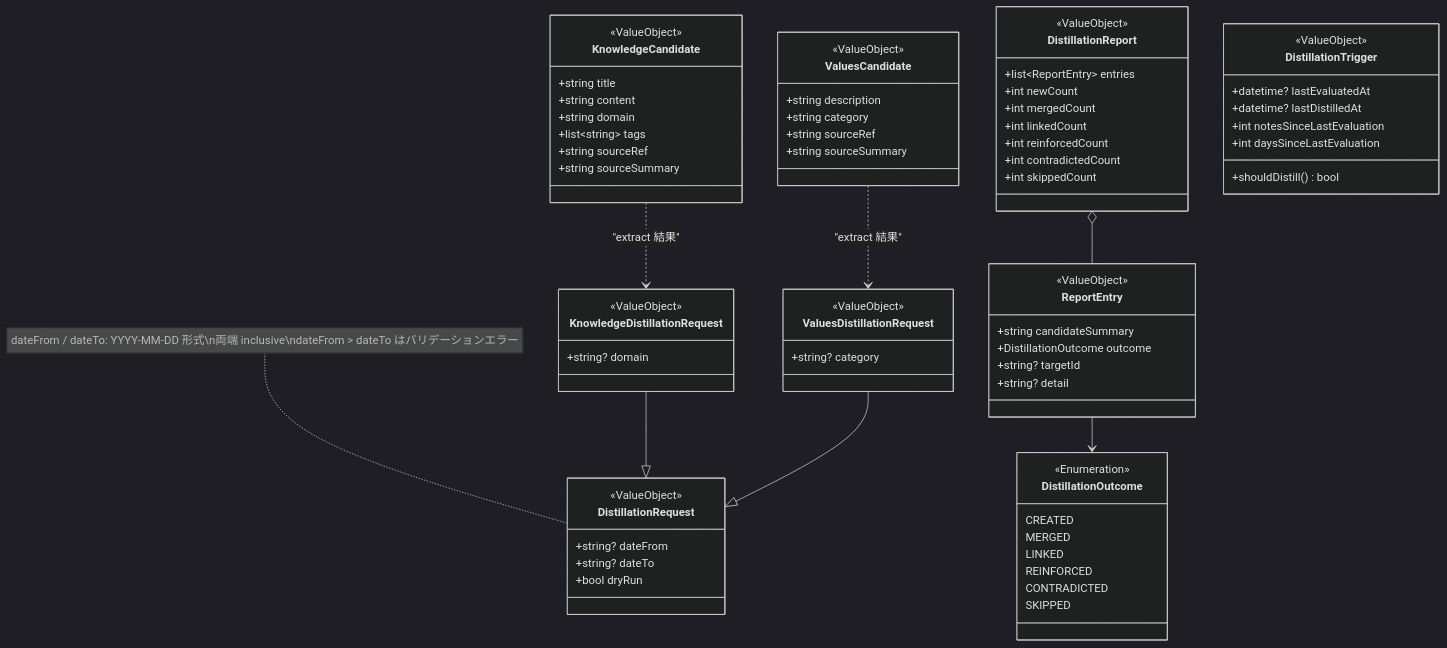
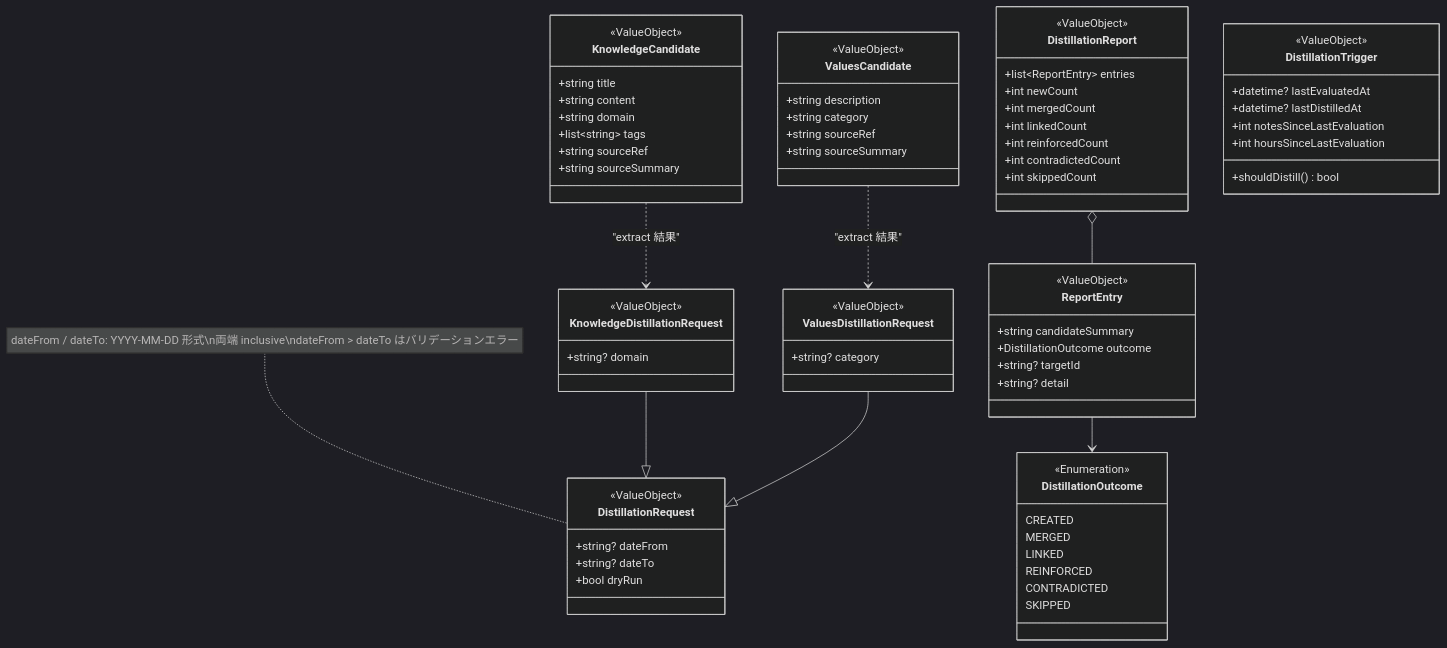
The fourth of 6 diagrams in docs/design/DOMAIN-MODEL-knowledge-values.md (RK0429/agentic-memory), drawn with Mermaid (dark theme) before and after one commit. The commit also changed other lines of this file and 2 other files, not shown here.

```diff
--- a/docs/design/DOMAIN-MODEL-knowledge-values.md
+++ b/docs/design/DOMAIN-MODEL-knowledge-values.md
@@ -385,7 +385,7 @@
         +datetime? lastEvaluatedAt
         +datetime? lastDistilledAt
         +int notesSinceLastEvaluation
-        +int daysSinceLastEvaluation
+        +int hoursSinceLastEvaluation
         +shouldDistill() bool
     }
 
```
